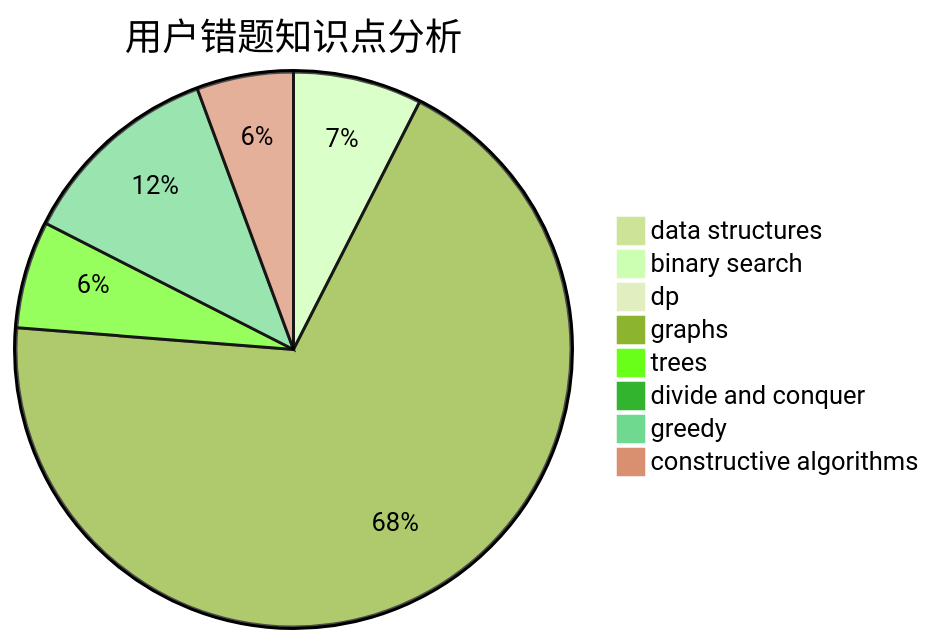
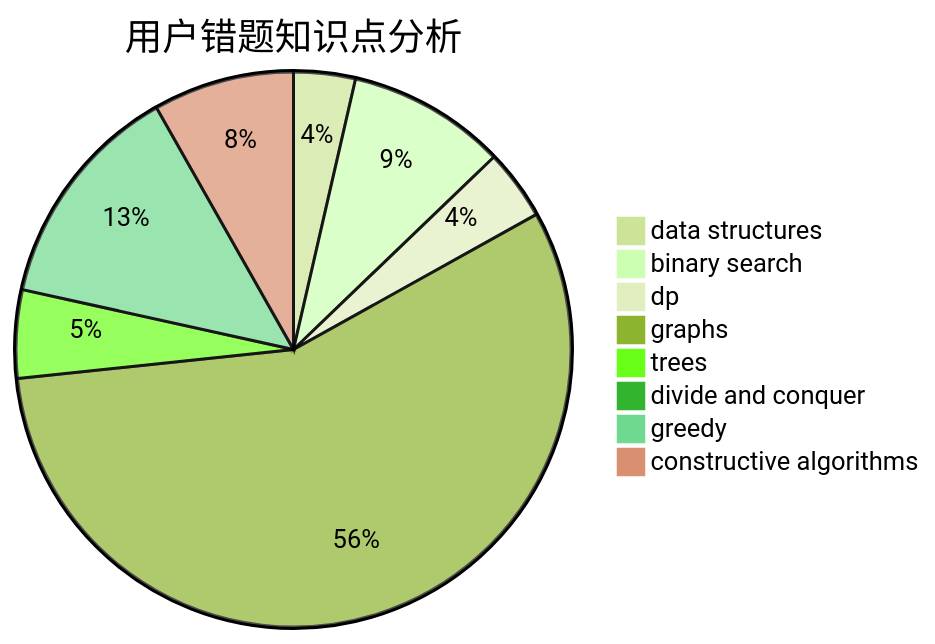
Before and after one commit to sherpahu/cfrs.github.io: the third of 3 diagrams in docs/user/u2081.md, drawn with Mermaid (forest theme). The commit also changed other lines of this file and 2770 other files, not shown here.

````diff
--- a/docs/user/u2081.md
+++ b/docs/user/u2081.md
@@ -36,11 +36,11 @@
 ```mermaid
 pie title 用户错题知识点分析
-    "data structures" :  0
-    "binary search" :  12
-    "dp" :  1
+    "data structures" :  7
+    "binary search" :  18
+    "dp" :  8
     "graphs" :  110
     "trees" :  10
     "divide and conquer" :  0
-    "greedy" :  19
-    "constructive algorithms" :  9
+    "greedy" :  26
+    "constructive algorithms" :  16
 ```
````
